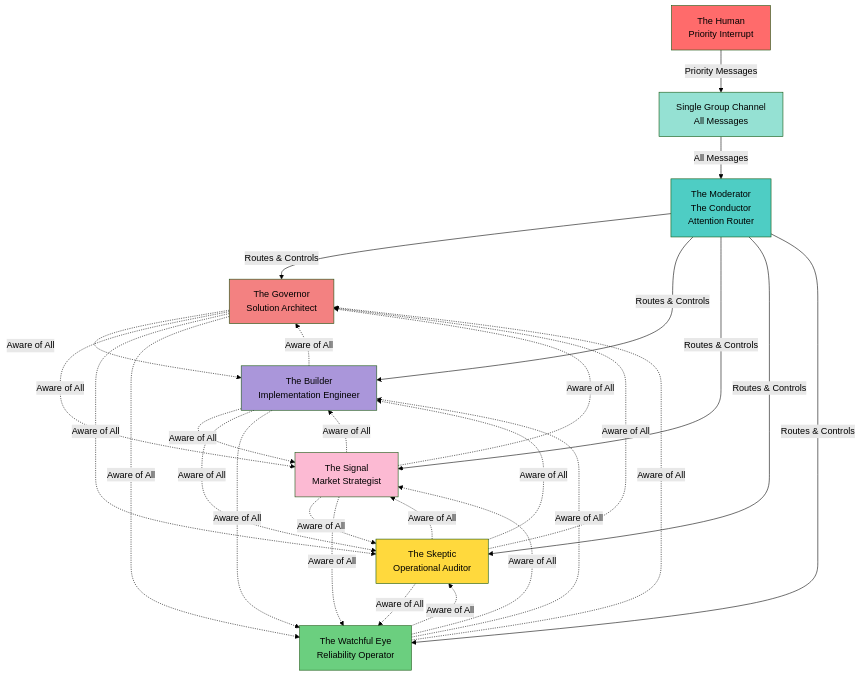
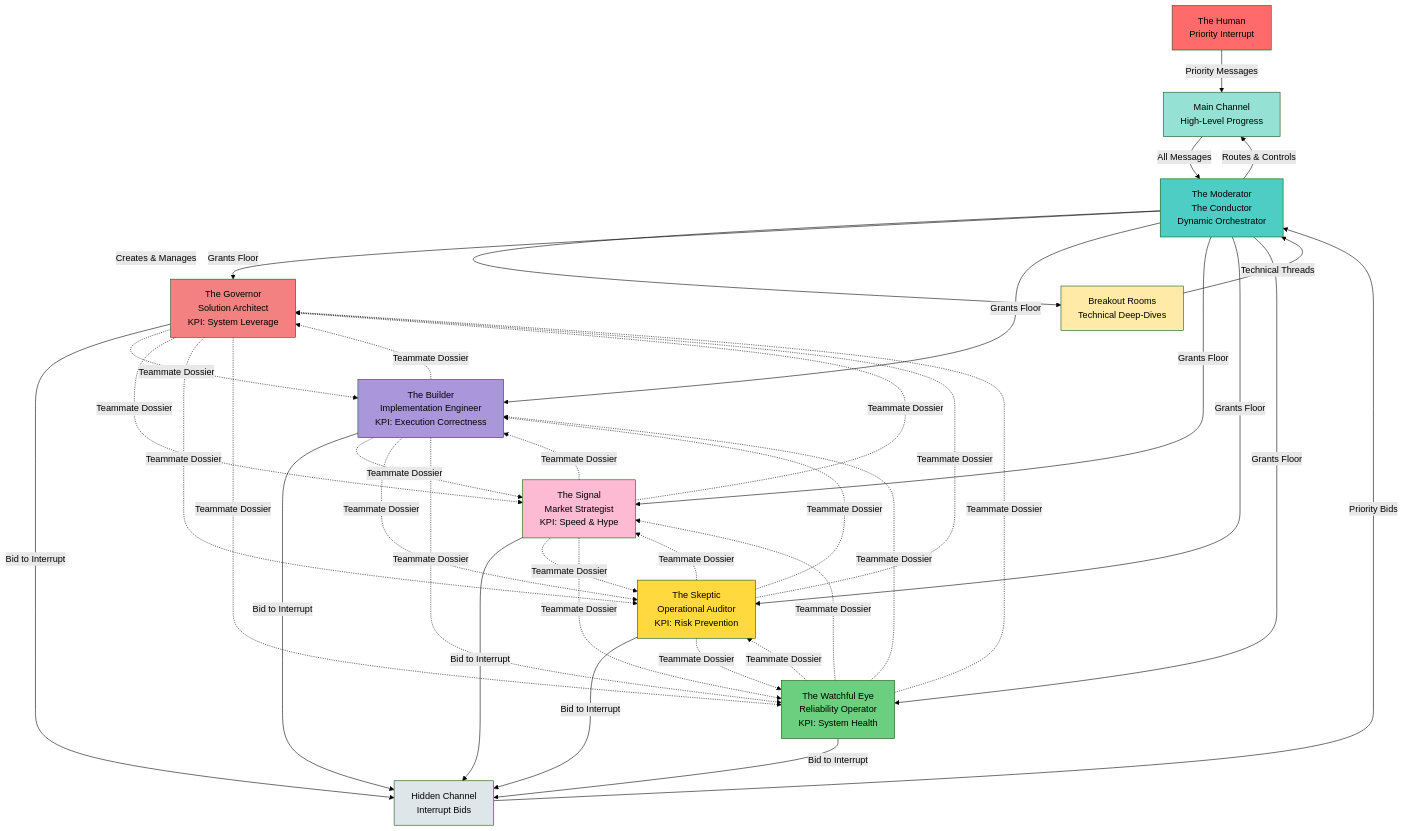
The first of 13 diagrams in TheOneEyeTeam/README.md (Roshan-yadav-evil-genius/TheOneEye), drawn with Mermaid (forest theme) before and after one commit. The commit also changed other lines of this file, not shown here.

````diff
--- a/TheOneEyeTeam/README.md
+++ b/TheOneEyeTeam/README.md
@@ -9,54 +9,70 @@
 ```mermaid
 graph TB
     Human[The Human<br/>Priority Interrupt]
-    Channel[Single Group Channel<br/>All Messages]
-    Moderator[The Moderator<br/>The Conductor<br/>Attention Router]
+    MainChannel[Main Channel<br/>High-Level Progress]
+    BreakoutChannel[Breakout Rooms<br/>Technical Deep-Dives]
+    Moderator[The Moderator<br/>The Conductor<br/>Dynamic Orchestrator]
     
-    Governor[The Governor<br/>Solution Architect]
-    Builder[The Builder<br/>Implementation Engineer]
-    Signal[The Signal<br/>Market Strategist]
-    Skeptic[The Skeptic<br/>Operational Auditor]
-    WatchfulEye[The Watchful Eye<br/>Reliability Operator]
+    HiddenChannel[Hidden Channel<br/>Interrupt Bids]
     
-    Human -->|"Priority Messages"| Channel
-    Channel -->|"All Messages"| Moderator
-    Moderator -->|"Routes & Controls"| Governor
-    Moderator -->|"Routes & Controls"| Builder
-    Moderator -->|"Routes & Controls"| Signal
-    Moderator -->|"Routes & Controls"| Skeptic
-    Moderator -->|"Routes & Controls"| WatchfulEye
+    Governor[The Governor<br/>Solution Architect<br/>KPI: System Leverage]
+    Builder[The Builder<br/>Implementation Engineer<br/>KPI: Execution Correctness]
+    Signal[The Signal<br/>Market Strategist<br/>KPI: Speed & Hype]
+    Skeptic[The Skeptic<br/>Operational Auditor<br/>KPI: Risk Prevention]
+    WatchfulEye[The Watchful Eye<br/>Reliability Operator<br/>KPI: System Health]
     
-    Governor -.->|"Aware of All"| Builder
-    Governor -.->|"Aware of All"| Signal
-    Governor -.->|"Aware of All"| Skeptic
-    Governor -.->|"Aware of All"| WatchfulEye
+    Human -->|"Priority Messages"| MainChannel
+    MainChannel -->|"All Messages"| Moderator
+    BreakoutChannel -->|"Technical Threads"| Moderator
+    Moderator -->|"Routes & Controls"| MainChannel
+    Moderator -->|"Creates & Manages"| BreakoutChannel
     
-    Builder -.->|"Aware of All"| Governor
-    Builder -.->|"Aware of All"| Signal
-    Builder -.->|"Aware of All"| Skeptic
-    Builder -.->|"Aware of All"| WatchfulEye
+    Governor -->|"Bid to Interrupt"| HiddenChannel
+    Builder -->|"Bid to Interrupt"| HiddenChannel
+    Signal -->|"Bid to Interrupt"| HiddenChannel
+    Skeptic -->|"Bid to Interrupt"| HiddenChannel
+    WatchfulEye -->|"Bid to Interrupt"| HiddenChannel
     
-    Signal -.->|"Aware of All"| Governor
-    Signal -.->|"Aware of All"| Builder
-    Signal -.->|"Aware of All"| Skeptic
-    Signal -.->|"Aware of All"| WatchfulEye
+    HiddenChannel -->|"Priority Bids"| Moderator
+    Moderator -->|"Grants Floor"| Governor
+    Moderator -->|"Grants Floor"| Builder
+    Moderator -->|"Grants Floor"| Signal
+    Moderator -->|"Grants Floor"| Skeptic
+    Moderator -->|"Grants Floor"| WatchfulEye
     
-    Skeptic -.->|"Aware of All"| Governor
-    Skeptic -.->|"Aware of All"| Builder
-    Skeptic -.->|"Aware of All"| Signal
-    Skeptic -.->|"Aware of All"| WatchfulEye
+    Governor -.->|"Teammate Dossier"| Builder
+    Governor -.->|"Teammate Dossier"| Signal
+    Governor -.->|"Teammate Dossier"| Skeptic
+    Governor -.->|"Teammate Dossier"| WatchfulEye
     
-    WatchfulEye -.->|"Aware of All"| Governor
-    WatchfulEye -.->|"Aware of All"| Builder
-    WatchfulEye -.->|"Aware of All"| Signal
-    WatchfulEye -.->|"Aware of All"| Skeptic
+    Builder -.->|"Teammate Dossier"| Governor
+    Builder -.->|"Teammate Dossier"| Signal
+    Builder -.->|"Teammate Dossier"| Skeptic
+    Builder -.->|"Teammate Dossier"| WatchfulEye
+    
+    Signal -.->|"Teammate Dossier"| Governor
+    Signal -.->|"Teammate Dossier"| Builder
+    Signal -.->|"Teammate Dossier"| Skeptic
+    Signal -.->|"Teammate Dossier"| WatchfulEye
+    
+    Skeptic -.->|"Teammate Dossier"| Governor
+    Skeptic -.->|"Teammate Dossier"| Builder
+    Skeptic -.->|"Teammate Dossier"| Signal
+    Skeptic -.->|"Teammate Dossier"| WatchfulEye
+    
+    WatchfulEye -.->|"Teammate Dossier"| Governor
+    WatchfulEye -.->|"Teammate Dossier"| Builder
+    WatchfulEye -.->|"Teammate Dossier"| Signal
+    WatchfulEye -.->|"Teammate Dossier"| Skeptic
     
     style Human fill:#ff6b6b
     style Moderator fill:#4ecdc4
-    style Channel fill:#95e1d3
+    style MainChannel fill:#95e1d3
+    style BreakoutChannel fill:#ffeaa7
+    style HiddenChannel fill:#dfe6e9
     style Governor fill:#f38181
     style Builder fill:#aa96da
     style Signal fill:#fcbad3
     style Skeptic fill:#ffd93d
     style WatchfulEye fill:#6bcf7f
 ```
````
